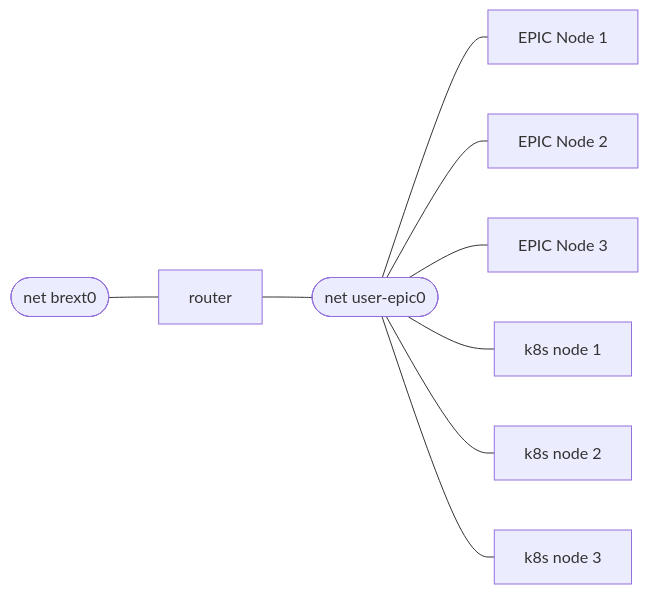
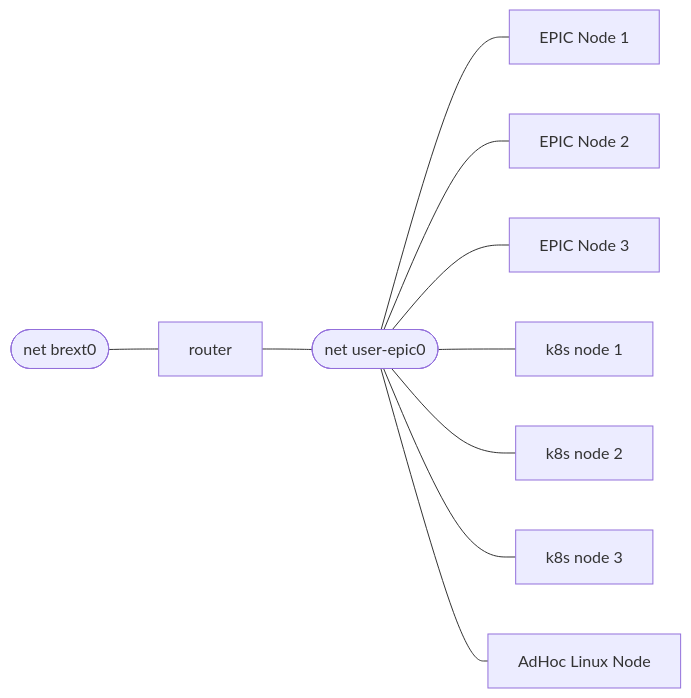
One commit to epic-gateway/epic-gateway.github.io changed the diagram in content/epic/multinode/_index.md. Above: the diagram before and after it, drawn with Mermaid. The commit also changed other lines of this file and 5 other files, not shown here.

````diff
--- a/content/epic/multinode/_index.md
+++ b/content/epic/multinode/_index.md
@@ -14,14 +14,15 @@
 ```mermaid
 graph LR
 
 net2 --- R1[router] --- net1
 net1 --- E1[EPIC Node 1]
 net1 --- E2[EPIC Node 2] 
 net1 --- E3[EPIC Node 3]
 net1 --- K1[k8s node 1]
 net1 --- K2[k8s node 2]
 net1 --- K3[k8s node 3]
+net1 --- AdHoc[AdHoc Linux Node]
 net2([net brext0])
 net1([net user-epic0])
 
 ```
````
